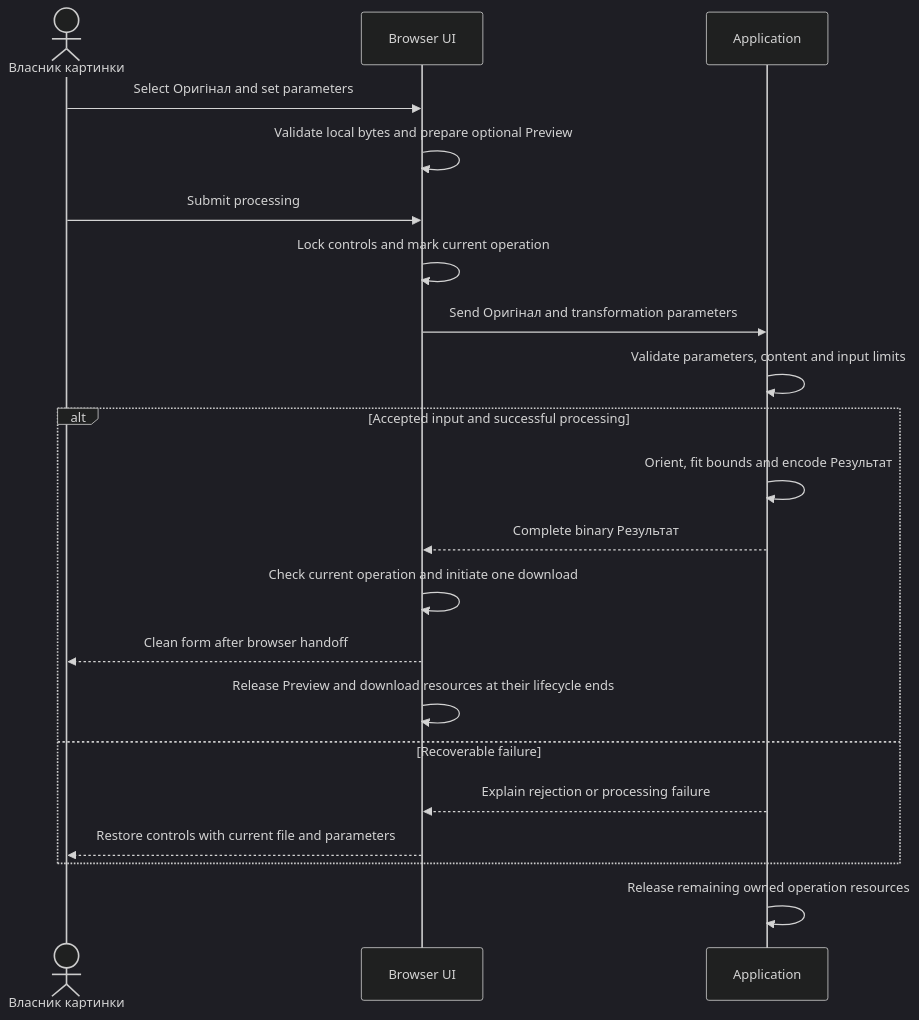
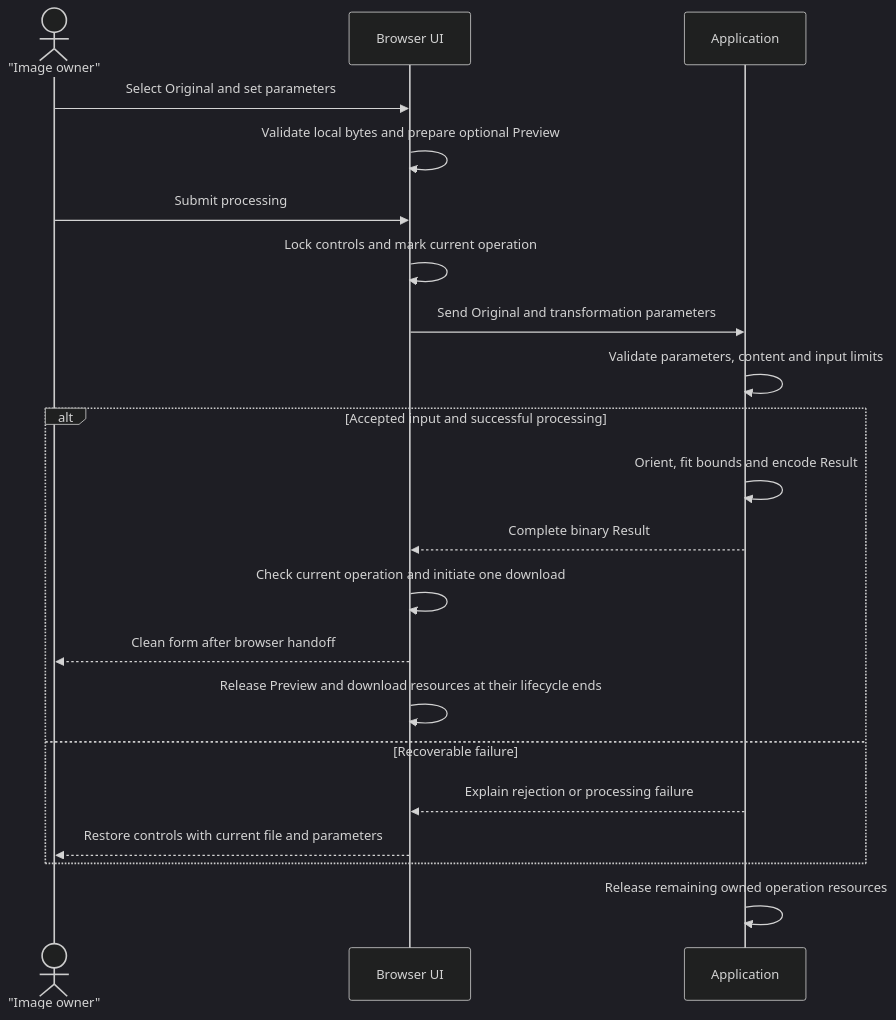
One commit to shved270189/image_compressor changed the third of 8 diagrams in docs/features/image-resize-convert/sad.md. Above: the diagram before and after it, drawn with Mermaid (dark theme). The commit also changed other lines of this file and 46 other files, not shown here.

````diff
--- a/docs/features/image-resize-convert/sad.md
+++ b/docs/features/image-resize-convert/sad.md
@@ -121,23 +121,23 @@
 ```mermaid
 sequenceDiagram
-    actor Owner as Власник картинки
+    actor Owner as "Image owner"
     participant Web as Browser UI
     participant App as Application
-    Owner->>Web: Select Оригінал and set parameters
+    Owner->>Web: Select Original and set parameters
     Web->>Web: Validate local bytes and prepare optional Preview
     Owner->>Web: Submit processing
     Web->>Web: Lock controls and mark current operation
-    Web->>App: Send Оригінал and transformation parameters
+    Web->>App: Send Original and transformation parameters
     App->>App: Validate parameters, content and input limits
     alt Accepted input and successful processing
-        App->>App: Orient, fit bounds and encode Результат
-        App-->>Web: Complete binary Результат
+        App->>App: Orient, fit bounds and encode Result
+        App-->>Web: Complete binary Result
         Web->>Web: Check current operation and initiate one download
         Web-->>Owner: Clean form after browser handoff
         Web->>Web: Release Preview and download resources at their lifecycle ends
     else Recoverable failure
         App-->>Web: Explain rejection or processing failure
         Web-->>Owner: Restore controls with current file and parameters
     end
     App->>App: Release remaining owned operation resources
 ```
````
